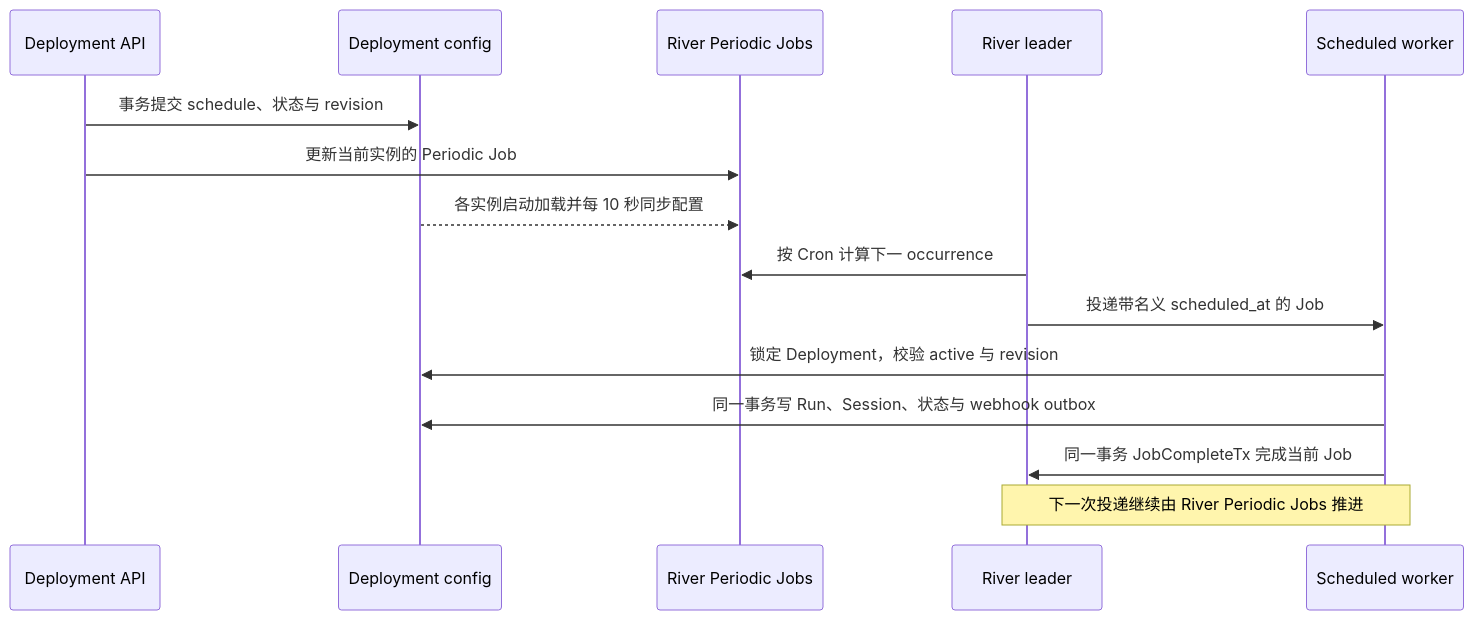
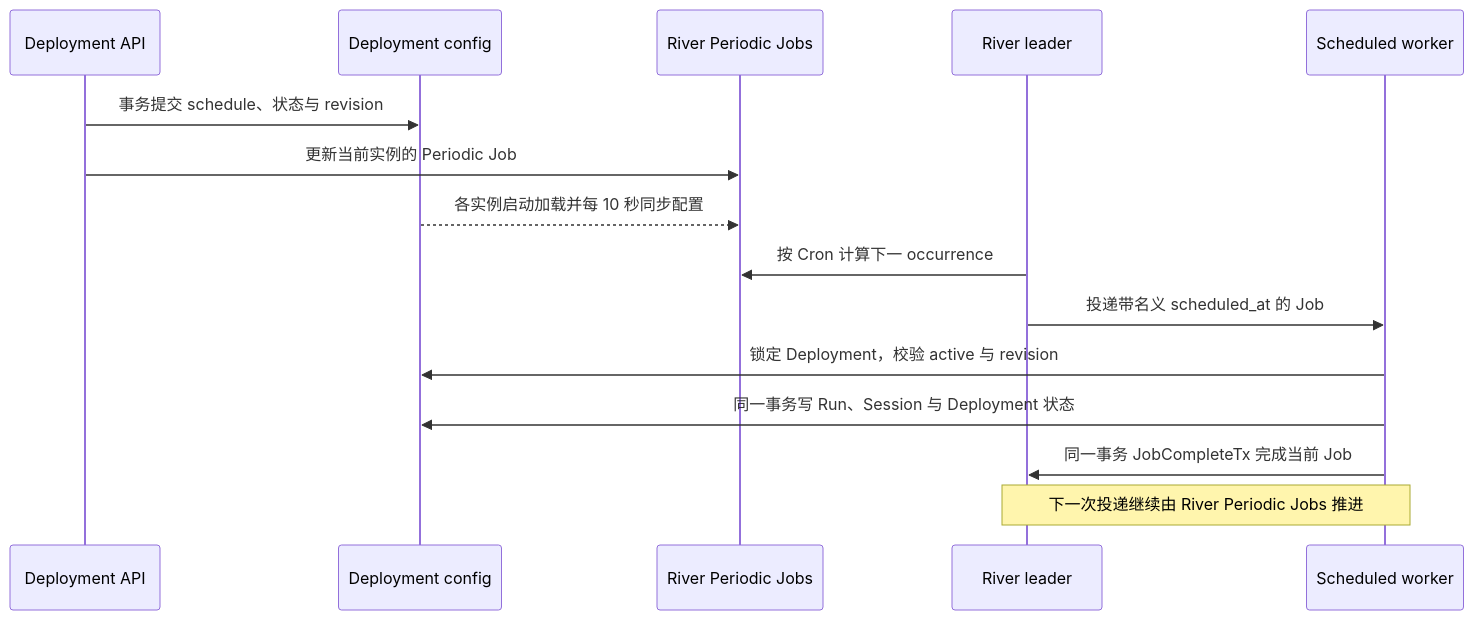
The diagram in docs/design/be/deployments-api-contract.md (superduck-ai/open-managed-agents), drawn with Mermaid before and after one commit. The commit also changed other lines of this file and 17 other files, not shown here.

````diff
--- a/docs/design/be/deployments-api-contract.md
+++ b/docs/design/be/deployments-api-contract.md
@@ -71,18 +71,18 @@
 ```mermaid
 sequenceDiagram
     participant API as Deployment API
     participant AppDB as Deployment config
     participant Registry as River Periodic Jobs
     participant Leader as River leader
     participant Worker as Scheduled worker
 
     API->>AppDB: 事务提交 schedule、状态与 revision
     API->>Registry: 更新当前实例的 Periodic Job
     AppDB-->>Registry: 各实例启动加载并每 10 秒同步配置
     Leader->>Registry: 按 Cron 计算下一 occurrence
     Leader->>Worker: 投递带名义 scheduled_at 的 Job
     Worker->>AppDB: 锁定 Deployment，校验 active 与 revision
-    Worker->>AppDB: 同一事务写 Run、Session、状态与 webhook outbox
+    Worker->>AppDB: 同一事务写 Run、Session 与 Deployment 状态
     Worker->>Leader: 同一事务 JobCompleteTx 完成当前 Job
     Note over Leader,Worker: 下一次投递继续由 River Periodic Jobs 推进
 ```
````
